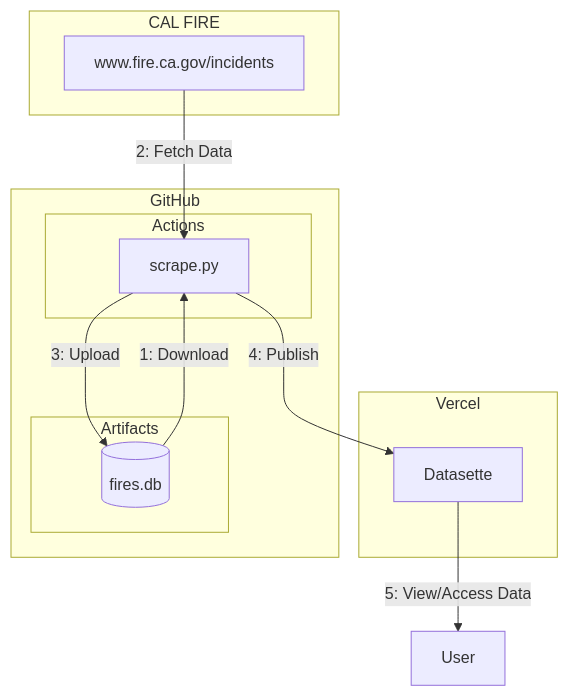
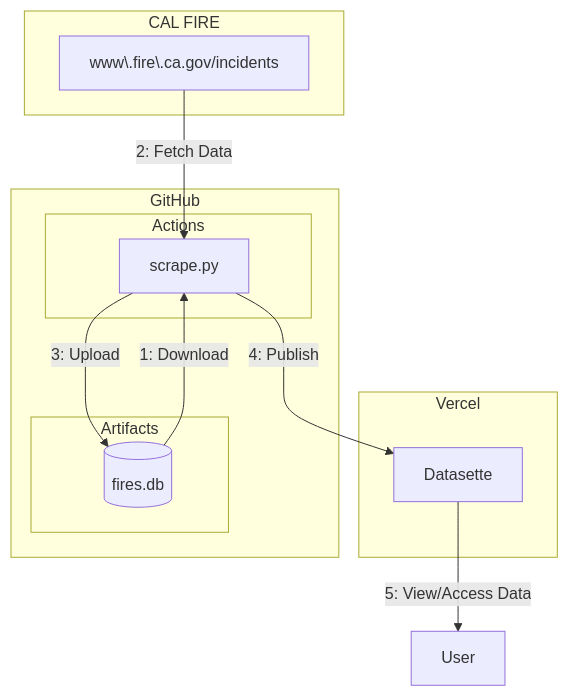
The diagram in README.md (ngshiheng/cafireshistorydb), drawn with Mermaid before and after one commit.

Commit message:
docs: escape dot

````diff
--- a/README.md
+++ b/README.md
@@ -11,27 +11,27 @@
 ```mermaid
 graph TB
 	subgraph Vercel
         deployment[Datasette]
         class deployment vercel;
     end
 
     subgraph GitHub
         subgraph Actions
             scraper[scrape.py]
         end
         subgraph Artifacts
             db[(fires.db)]
             class db artifacts;
         end
     end
 
     subgraph CAL FIRE
-        api[www.fire.ca.gov/incidents]
+        api[www\.fire\.ca.gov/incidents]
     end
 
     db --> |1: Download| scraper
     api --> |2: Fetch Data| scraper
     scraper --> |3: Upload| db
     scraper --> |4: Publish| deployment
     deployment --> |5: View/Access Data| client[User]
 ```
````
